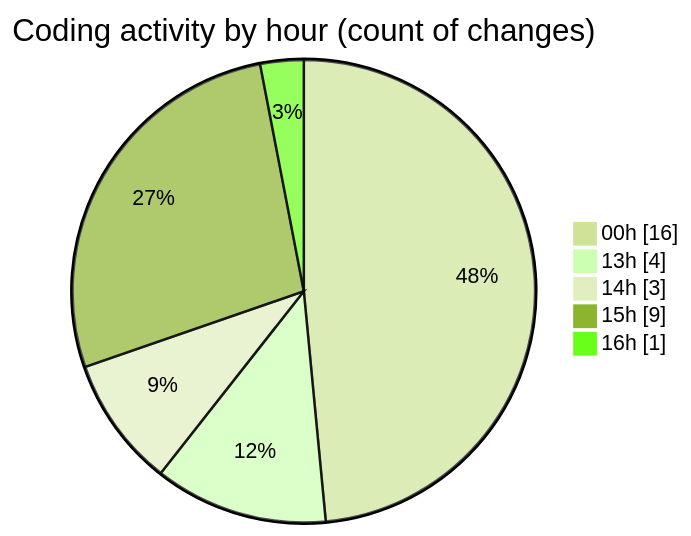
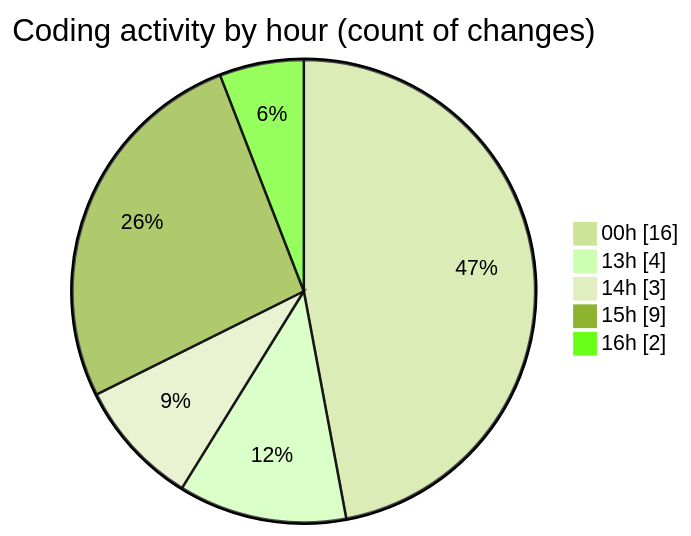
Before and after one commit to EIIisD/code-tracking: the second of 2 diagrams in 2025-07-27/vtuber/README.md, drawn with Mermaid (forest theme). The commit also changed other lines of this file and 1 other file, not shown here.

````diff
--- a/2025-07-27/vtuber/README.md
+++ b/2025-07-27/vtuber/README.md
@@ -36,9 +37,9 @@
 ```mermaid
 pie showData
 title Coding activity by hour (count of changes)
 "00h" : 16
 "13h" : 4
 "14h" : 3
 "15h" : 9
-"16h" : 1
+"16h" : 2
 ```
````
